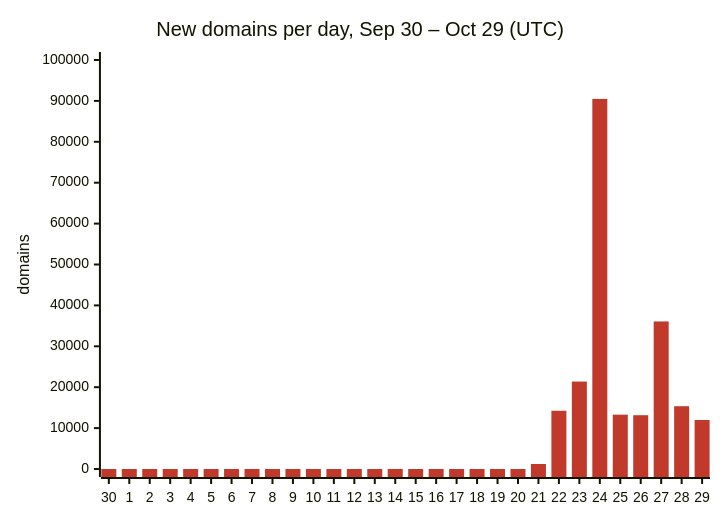
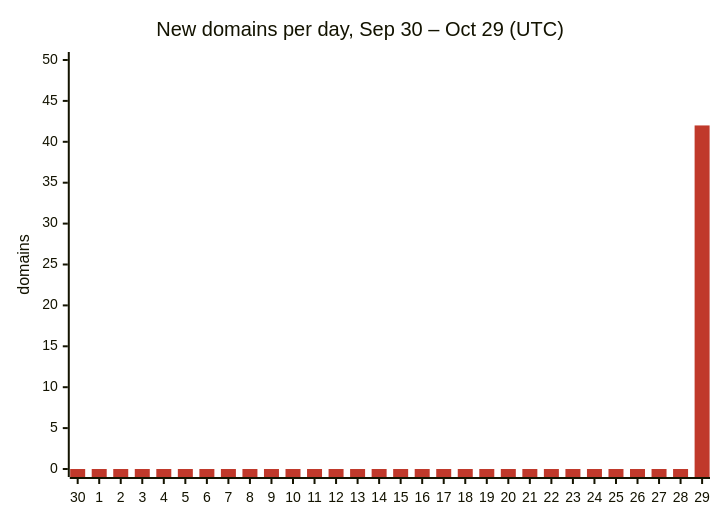
The first of 2 diagrams in README.md (DNSBunker/CTI), drawn with Mermaid before and after one commit. The commit also changed other lines of this file and 3 other files, not shown here.

````diff
--- a/README.md
+++ b/README.md
@@ -29,8 +29,8 @@
 ```mermaid
 %%{init: {"themeVariables": {"xyChart": {"plotColorPalette": "#c0392b"}}}}%%
 xychart-beta
     title "New domains per day, Sep 30 – Oct 29 (UTC)"
     x-axis ["30", "1", "2", "3", "4", "5", "6", "7", "8", "9", "10", "11", "12", "13", "14", "15", "16", "17", "18", "19", "20", "21", "22", "23", "24", "25", "26", "27", "28", "29"]
-    y-axis "domains" 0 --> 100000
-    bar [0, 0, 0, 0, 0, 0, 0, 0, 0, 0, 0, 0, 0, 0, 0, 0, 0, 0, 0, 0, 0, 1227, 14240, 21381, 90492, 13281, 13149, 36078, 15350, 11978]
+    y-axis "domains" 0 --> 50
+    bar [0, 0, 0, 0, 0, 0, 0, 0, 0, 0, 0, 0, 0, 0, 0, 0, 0, 0, 0, 0, 0, 0, 0, 0, 0, 0, 0, 0, 0, 42]
 ```
````
